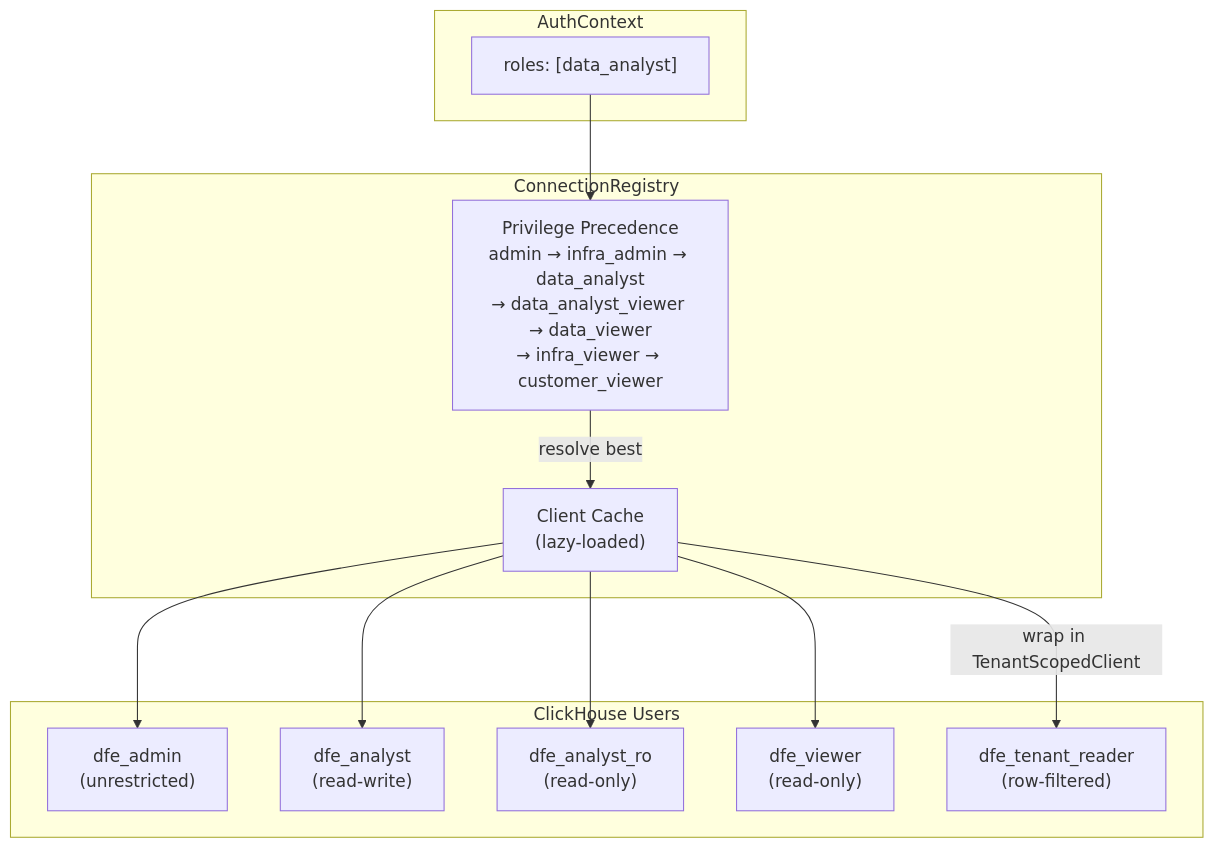
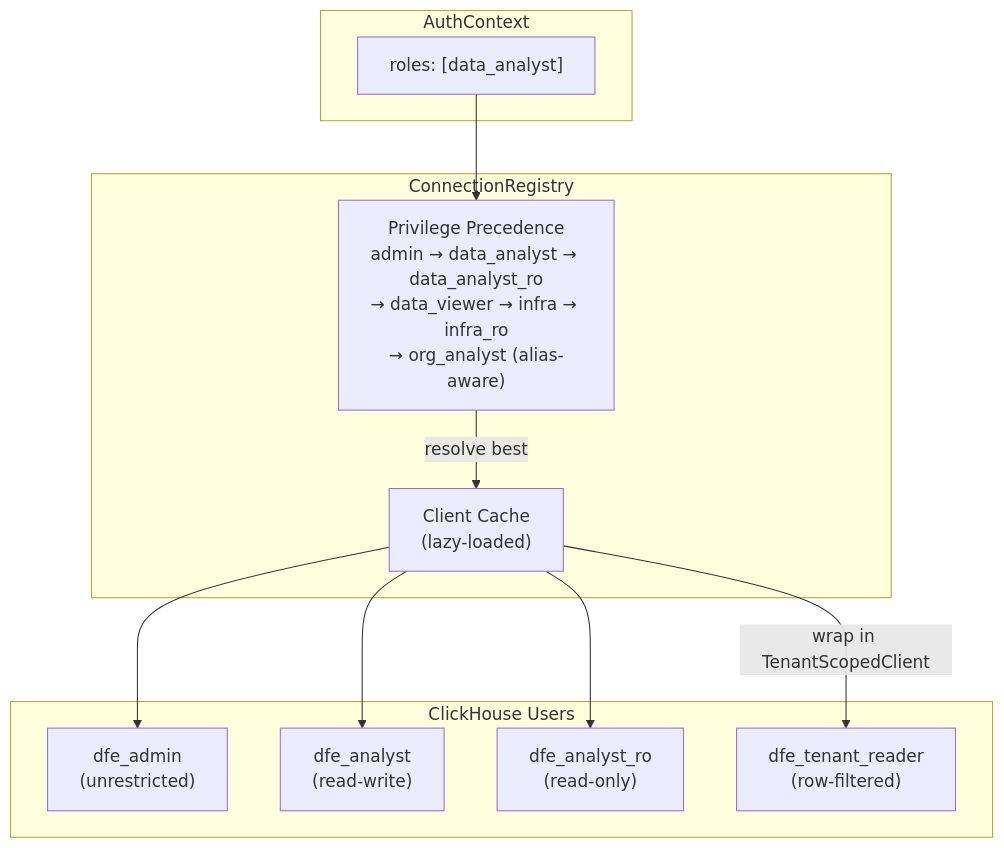
One commit to hyperi-io/dfe-engine changed the ninth of 15 diagrams in docs/RBAC.md. Above: the diagram before and after it, drawn with Mermaid. The commit also changed other lines of this file and 18 other files, not shown here.

````diff
--- a/docs/RBAC.md
+++ b/docs/RBAC.md
@@ -571,27 +789,25 @@
 ```mermaid
 flowchart TD
     subgraph "AuthContext"
         ROLES["roles: [data_analyst]"]
     end
 
     subgraph "ConnectionRegistry"
-        PREC["Privilege Precedence<br/>admin → infra_admin → data_analyst<br/>→ data_analyst_viewer → data_viewer<br/>→ infra_viewer → customer_viewer"]
+        PREC["Privilege Precedence<br/>admin → data_analyst → data_analyst_ro<br/>→ data_viewer → infra → infra_ro<br/>→ org_analyst (alias-aware)"]
         CACHE["Client Cache<br/>(lazy-loaded)"]
     end
 
     subgraph "ClickHouse Users"
         ADMIN_CH["dfe_admin<br/>(unrestricted)"]
         ANALYST_CH["dfe_analyst<br/>(read-write)"]
         RO_CH["dfe_analyst_ro<br/>(read-only)"]
-        VIEWER_CH["dfe_viewer<br/>(read-only)"]
         TENANT_CH["dfe_tenant_reader<br/>(row-filtered)"]
     end
 
     ROLES --> PREC
     PREC -->|resolve best| CACHE
     CACHE --> ADMIN_CH
     CACHE --> ANALYST_CH
     CACHE --> RO_CH
-    CACHE --> VIEWER_CH
     CACHE -->|wrap in TenantScopedClient| TENANT_CH
 ```
````
